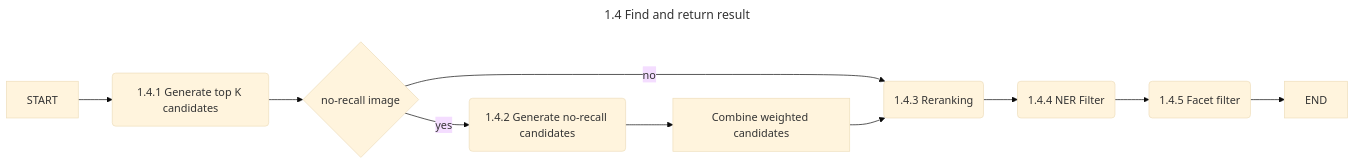
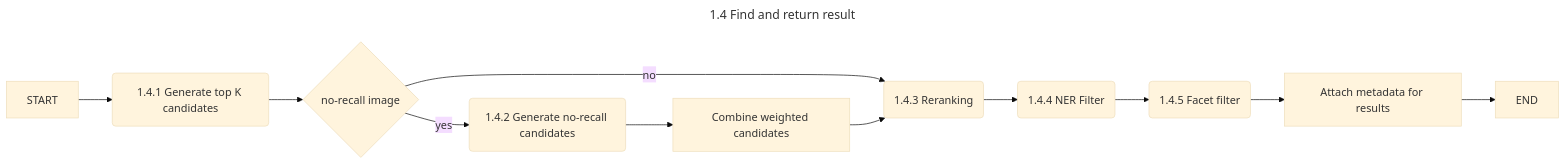
The diagram in 1_4_find_and_return_result.md (zchangvs/diagram), drawn with Mermaid (base theme) before and after one commit.

````diff
--- a/1_4_find_and_return_result.md
+++ b/1_4_find_and_return_result.md
@@ -1,15 +1,16 @@
 ```mermaid
 ---
 title: 1.4 Find and return result
 ---
 flowchart LR
     ST[START] --> GCK(1.4.1 Generate top K candidates)
     GCK --> NRI{no-recall image}
     NRI --> |yes| NRC(1.4.2 Generate no-recall candidates)
     NRI --> |no| RR(1.4.3 Reranking)
     NRC --> CB[Combine weighted candidates]
     CB --> RR
     RR --> FTLNER(1.4.4 NER Filter)
     FTLNER --> FTLFAC(1.4.5 Facet filter)
-    FTLFAC --> ED[END]
+    FTLFAC --> AMD[Attach metadata for results]
+    AMD --> ED[END]
 ```
````
